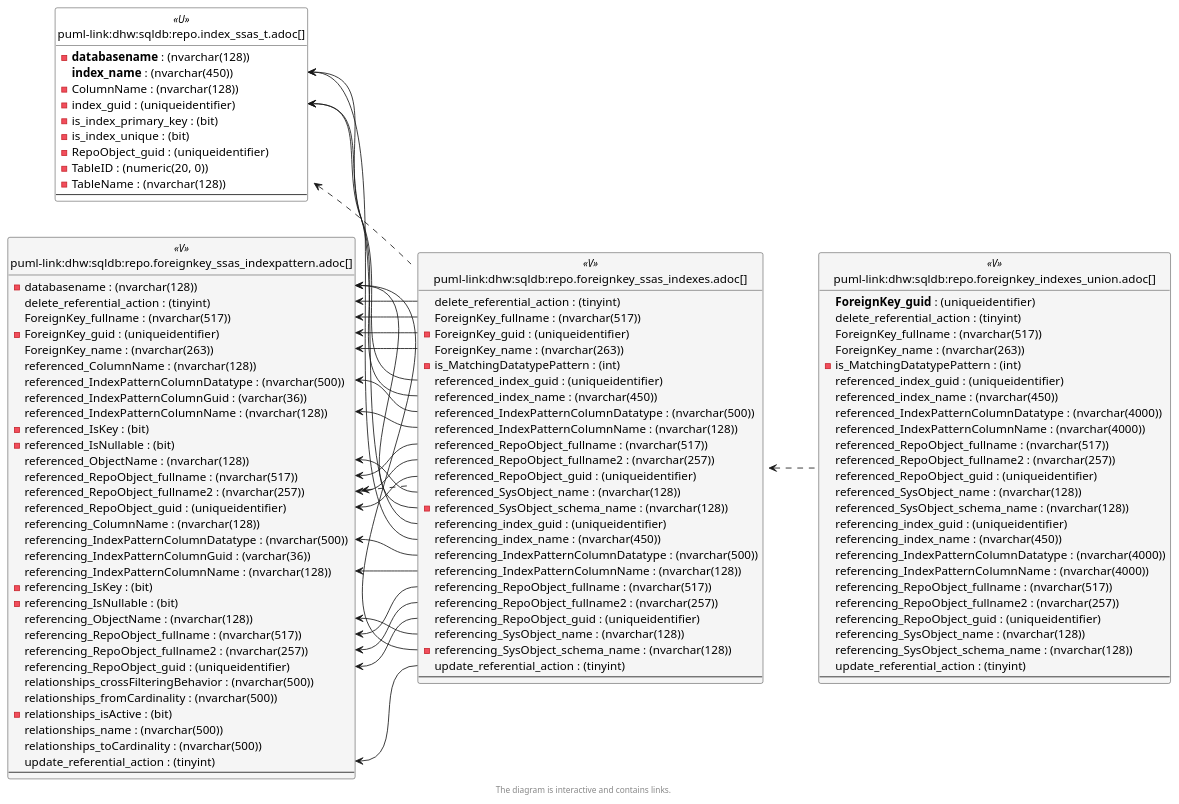
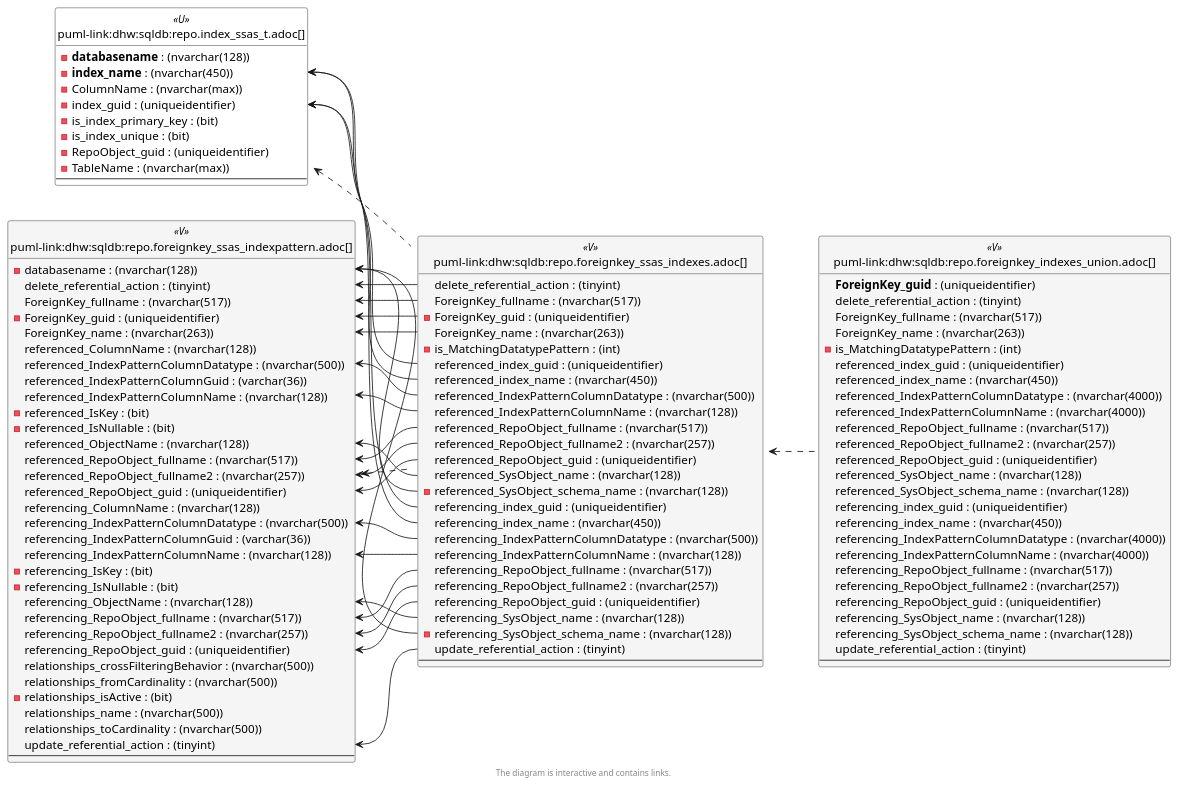
Before and after one commit to DataHandwerk/dhw-antora-sqldb: the sixth of 6 diagrams in docs/modules/sqldb/partials/content/repo.foreignkey_ssas_indexes.adoc, drawn with PlantUML. The commit also changed other lines of this file and 641 other files, not shown here.

```diff
--- a/docs/modules/sqldb/partials/content/repo.foreignkey_ssas_indexes.adoc
+++ b/docs/modules/sqldb/partials/content/repo.foreignkey_ssas_indexes.adoc
@@ -1884,14 +1884,13 @@
 
 entity "puml-link:dhw:sqldb:repo.index_ssas_t.adoc[]" as repo.Index_ssas_T << U >> {
   - **databasename** : (nvarchar(128))
-  **index_name** : (nvarchar(450))
-  - ColumnName : (nvarchar(128))
+  - **index_name** : (nvarchar(450))
+  - ColumnName : (nvarchar(max))
   - index_guid : (uniqueidentifier)
   - is_index_primary_key : (bit)
   - is_index_unique : (bit)
   - RepoObject_guid : (uniqueidentifier)
-  - TableID : (numeric(20, 0))
-  - TableName : (nvarchar(128))
+  - TableName : (nvarchar(max))
   --
 }
 
```
